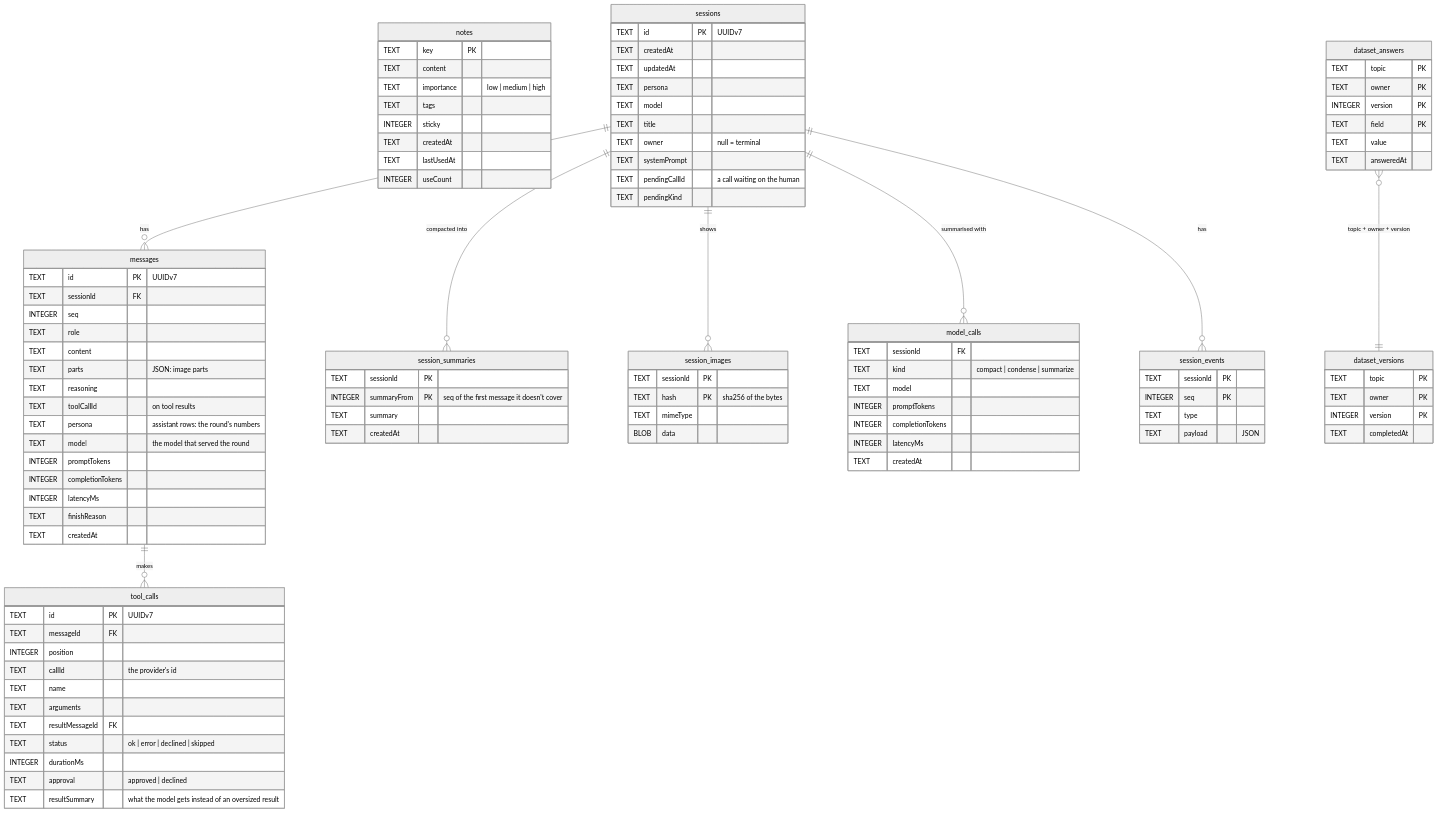
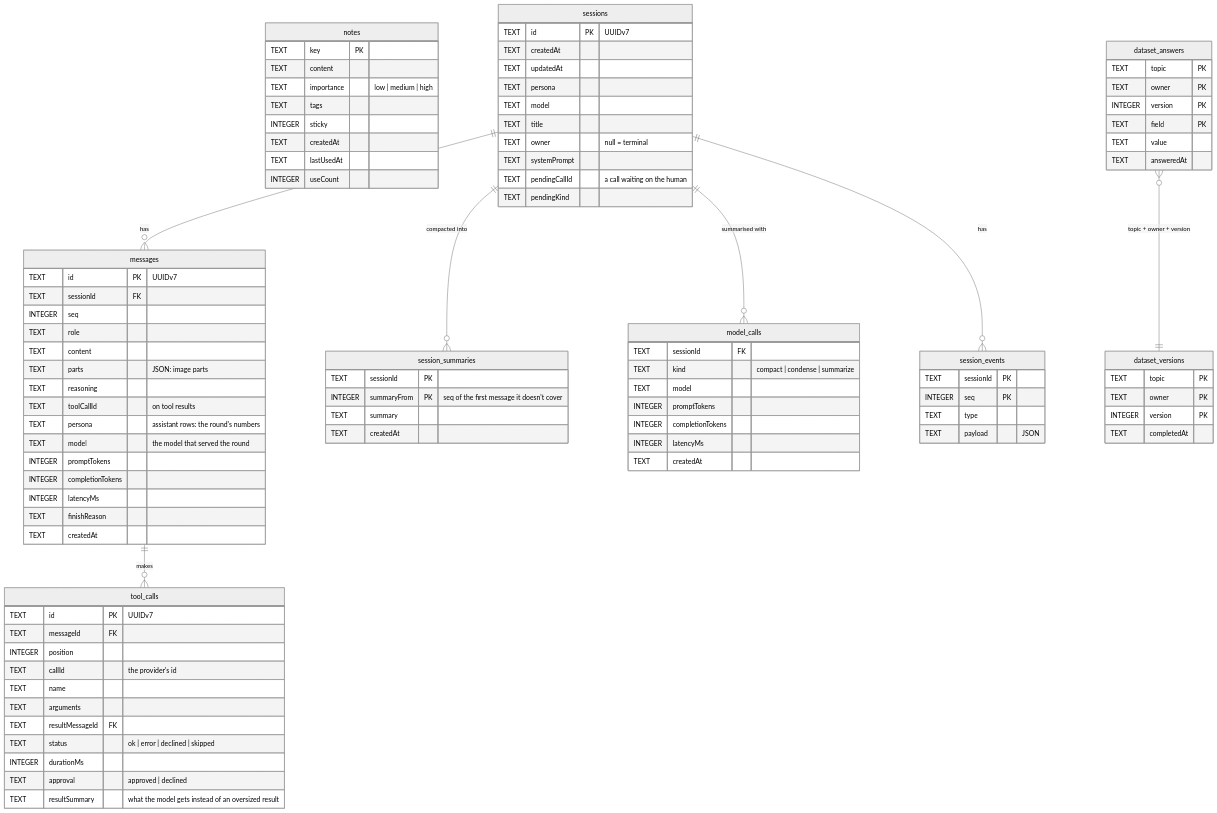
One commit to SubZtep/kaja changed the diagram in docs/configuration/storage.md. Above: the diagram before and after it, drawn with Mermaid (neutral theme). The commit also changed other lines of this file and 52 other files, not shown here.

````diff
--- a/docs/configuration/storage.md
+++ b/docs/configuration/storage.md
@@ -99,13 +102,6 @@
     TEXT createdAt
   }
 
-  session_images {
-    TEXT sessionId PK
-    TEXT hash PK "sha256 of the bytes"
-    TEXT mimeType
-    BLOB data
-  }
-
   model_calls {
     TEXT sessionId FK
     TEXT kind "compact | condense | summarize"
@@ -143,7 +139,6 @@
   sessions ||--o{ session_events : has
   sessions ||--o{ session_summaries : "compacted into"
   sessions ||--o{ model_calls : "summarised with"
-  sessions ||--o{ session_images : shows
   messages ||--o{ tool_calls : makes
   dataset_answers }o--|| dataset_versions : "topic + owner + version"
 ```
````
